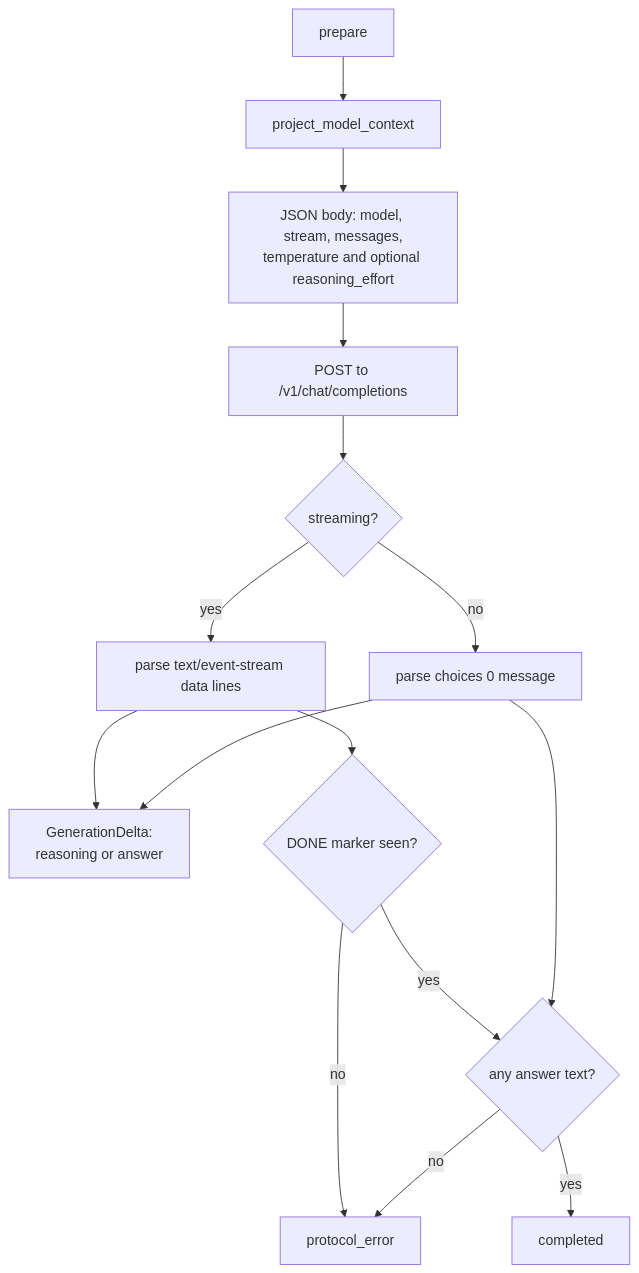
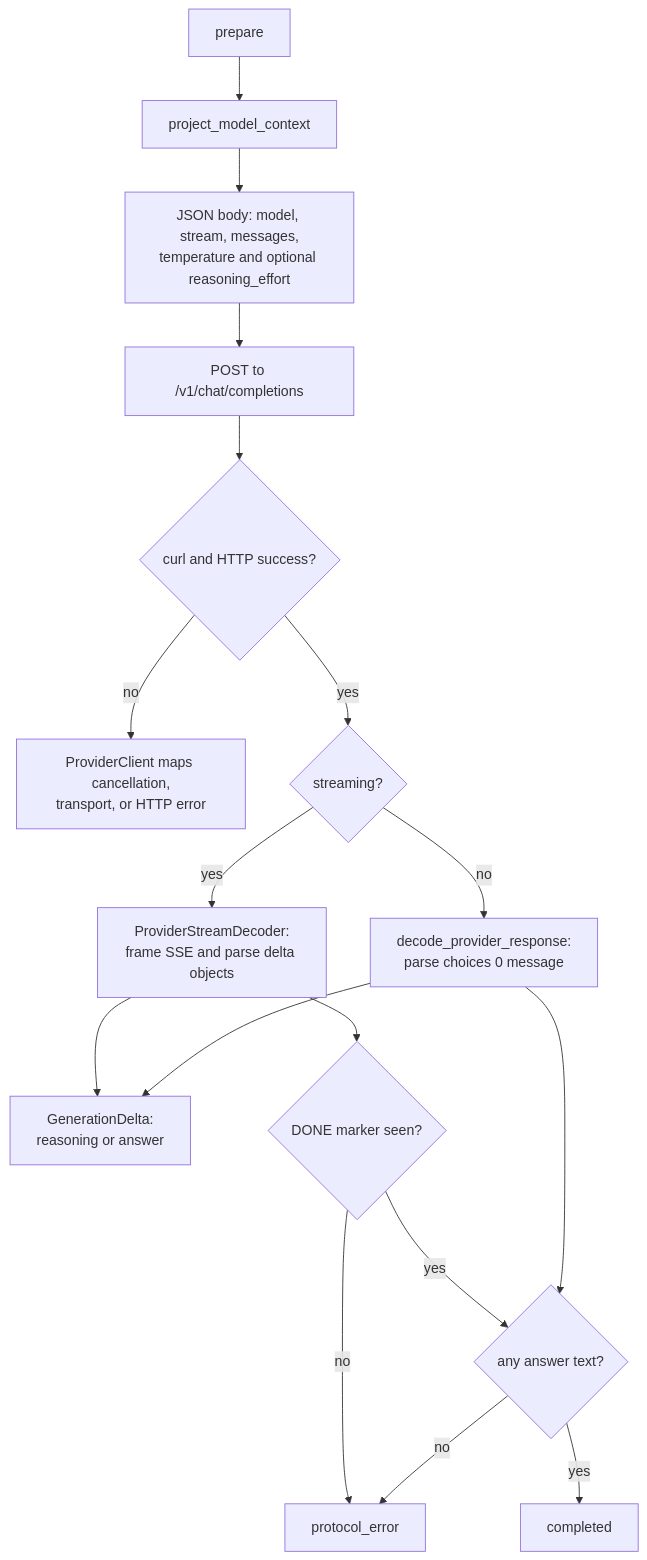
Before and after one commit to michaelpopov/cha: the third of 4 diagrams in src/agents/README.md, drawn with Mermaid. The commit also changed other lines of this file and 9 other files, not shown here.

````diff
--- a/src/agents/README.md
+++ b/src/agents/README.md
@@ -227,17 +231,19 @@
 ```mermaid
 flowchart TD
     prep["prepare"] --> proj["project_model_context"]
     proj --> body["JSON body: model, stream, messages,<br/>temperature and optional reasoning_effort"]
     body --> post["POST to /v1/chat/completions"]
-    post --> mode{"streaming?"}
-    mode -->|"yes"| sse["parse text/event-stream data lines"]
-    mode -->|"no"| json["parse choices 0 message"]
+    post --> transfer{"curl and HTTP success?"}
+    transfer -->|"no"| transport["ProviderClient maps cancellation,<br/>transport, or HTTP error"]
+    transfer -->|"yes"| mode{"streaming?"}
+    mode -->|"yes"| sse["ProviderStreamDecoder:<br/>frame SSE and parse delta objects"]
+    mode -->|"no"| json["decode_provider_response:<br/>parse choices 0 message"]
     sse --> frag["GenerationDelta:<br/>reasoning or answer"]
     json --> frag
     sse --> done{"DONE marker seen?"}
     done -->|"no"| perr["protocol_error"]
     done -->|"yes"| ans{"any answer text?"}
     json --> ans
     ans -->|"no"| perr
     ans -->|"yes"| ok["completed"]
 ```
````
